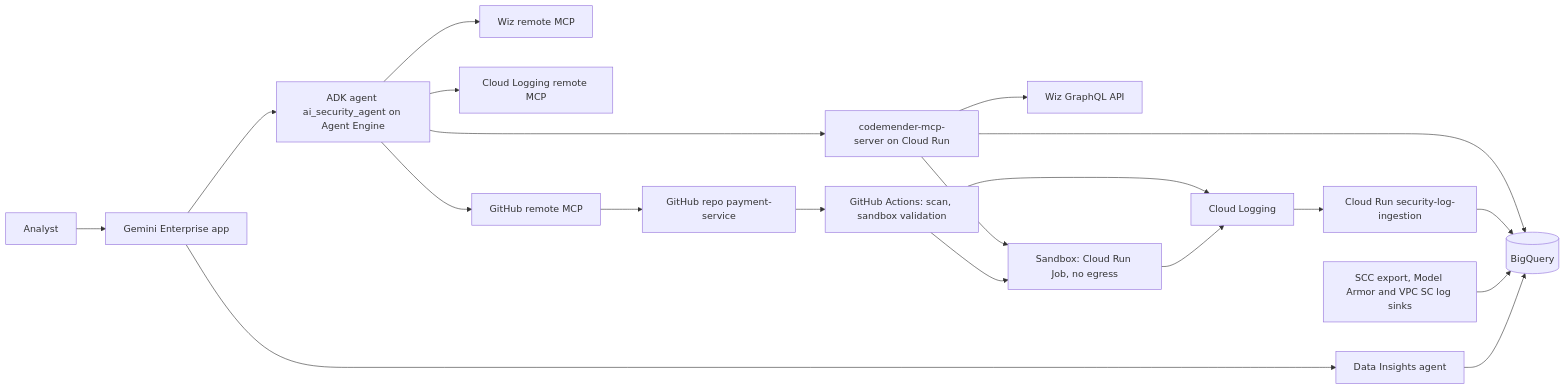
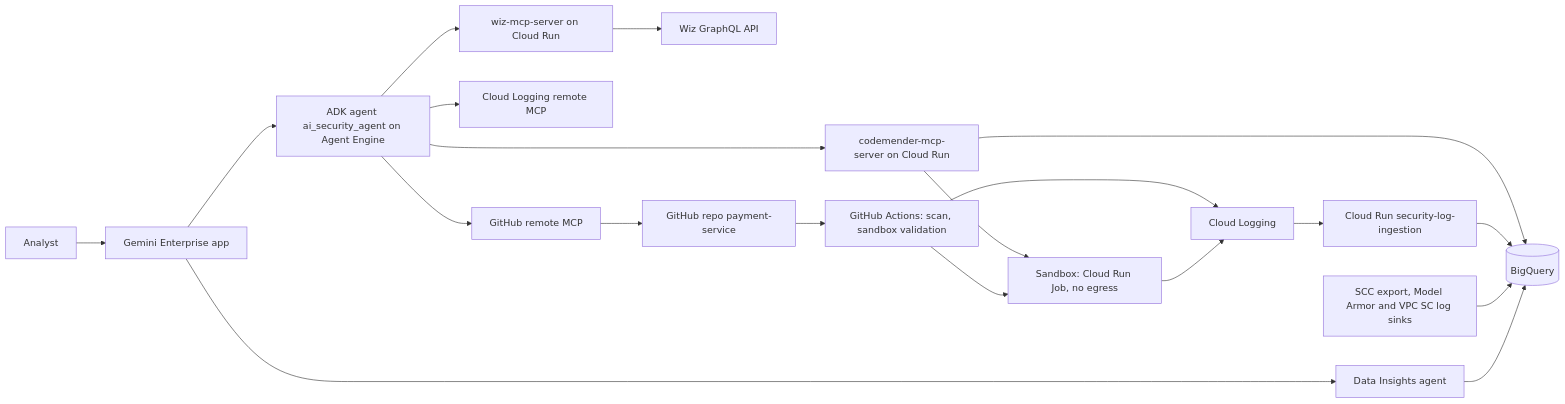
One commit to avnit/codemender-mcp changed the diagram in README.md. Above: the diagram before and after it, drawn with Mermaid. The commit also changed other lines of this file and 56 other files, not shown here.

Commit message:
feat: split Cloud Run MCP into codemender-mcp-server and wiz-mcp-server

````diff
--- a/README.md
+++ b/README.md
@@ -29,26 +29,26 @@
 ```mermaid
 flowchart LR
     user["Analyst"] --> ge["Gemini Enterprise app"]
     ge --> agent["ADK agent ai_security_agent on Agent Engine"]
     ge --> dia["Data Insights agent"]
 
-    agent --> wizmcp["Wiz remote MCP"]
+    agent --> wizmcp["wiz-mcp-server on Cloud Run"]
     agent --> logmcp["Cloud Logging remote MCP"]
     agent --> ghmcp["GitHub remote MCP"]
     agent --> cmmcp["codemender-mcp-server on Cloud Run"]
 
+    wizmcp --> wizapi["Wiz GraphQL API"]
     cmmcp --> bq[("BigQuery")]
-    cmmcp --> wizapi["Wiz GraphQL API"]
     cmmcp --> job["Sandbox: Cloud Run Job, no egress"]
 
     ghmcp --> repo["GitHub repo payment-service"]
     repo --> gha["GitHub Actions: scan, sandbox validation"]
     gha --> job
     gha --> logging["Cloud Logging"]
     job --> logging
     logging --> ingest["Cloud Run security-log-ingestion"]
     ingest --> bq
 
     scc["SCC export, Model Armor and VPC SC log sinks"] --> bq
     dia --> bq
 ```
````
